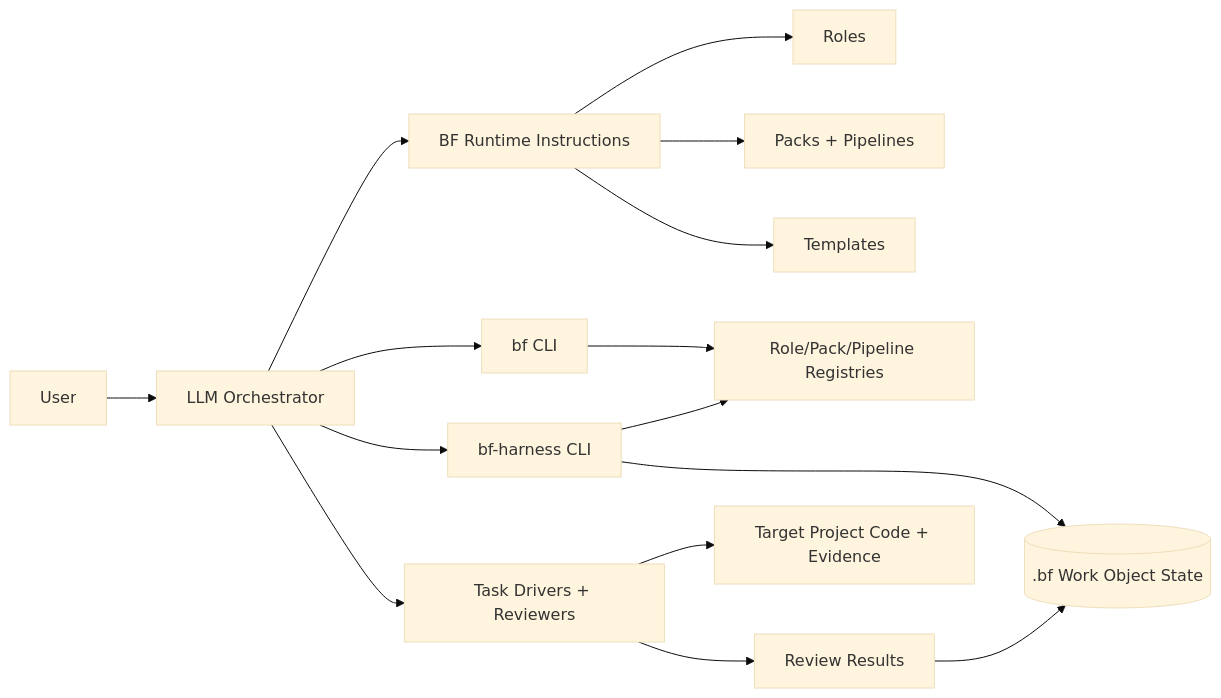
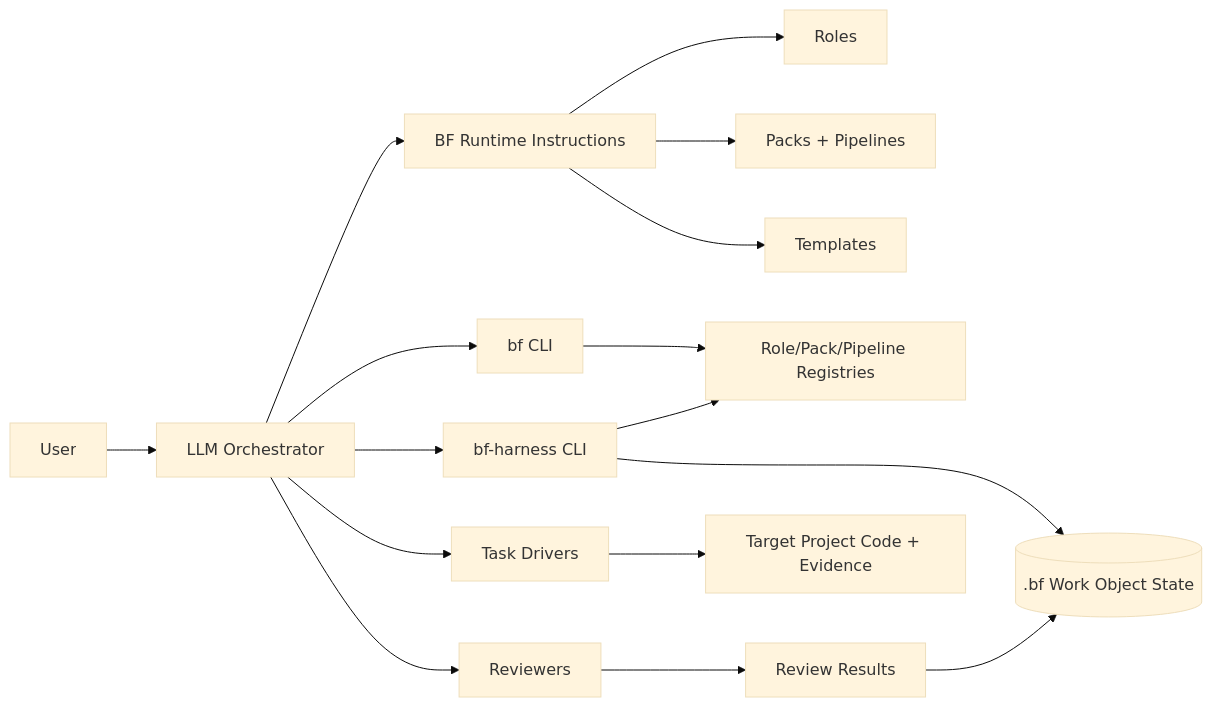
The first of 2 diagrams in docs/architecture.md (codetreker/blueprintflow), drawn with Mermaid (base theme) before and after one commit. The commit also changed other lines of this file and 12 other files, not shown here.

````diff
--- a/docs/architecture.md
+++ b/docs/architecture.md
@@ -26,17 +26,18 @@
 ```mermaid
 flowchart LR
   user[User] --> orchestrator[LLM Orchestrator]
   orchestrator --> runtime[BF Runtime Instructions]
   orchestrator --> bfcli[bf CLI]
   orchestrator --> harness[bf-harness CLI]
   runtime --> roles[Roles]
   runtime --> packs[Packs + Pipelines]
   runtime --> templates[Templates]
   bfcli --> registries[Role/Pack/Pipeline Registries]
   harness --> registries
   harness --> wo[(.bf Work Object State)]
-  orchestrator --> actors[Task Drivers + Reviewers]
-  actors --> project[Target Project Code + Evidence]
-  actors --> reviewResults[Review Results]
+  orchestrator --> drivers[Task Drivers]
+  orchestrator --> reviewers[Reviewers]
+  drivers --> project[Target Project Code + Evidence]
+  reviewers --> reviewResults[Review Results]
   reviewResults --> wo
 ```
````
